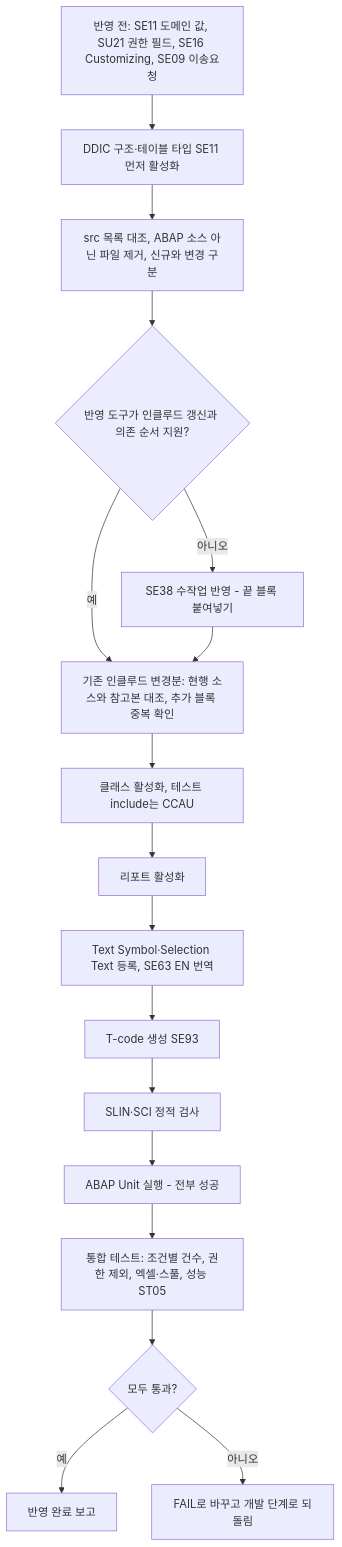
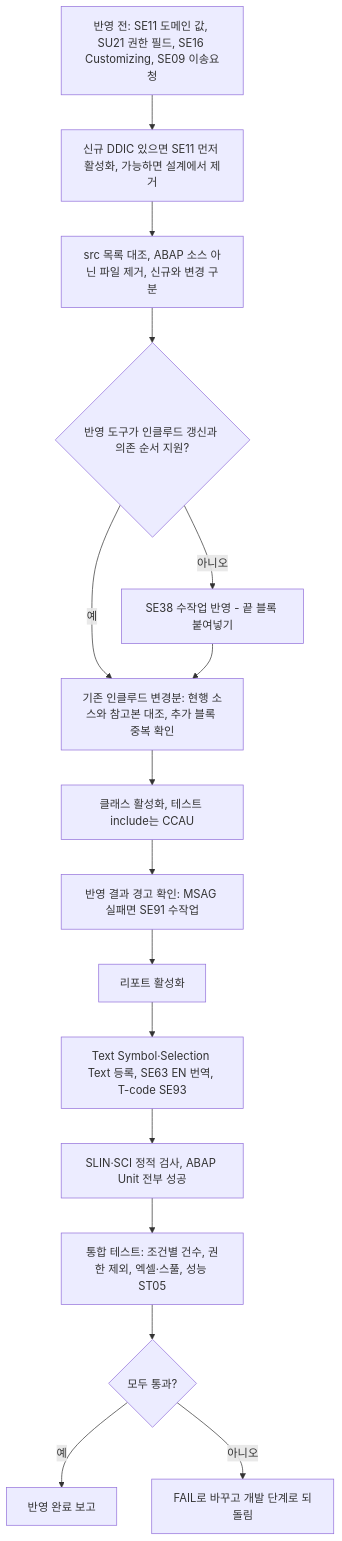
One commit to sunguphong/devsap changed the diagram in wiki/테스트계 반영 전 점검 항목.md. Above: the diagram before and after it, drawn with Mermaid. The commit also changed other lines of this file and 20 other files, not shown here.

````diff
--- a/wiki/테스트계 반영 전 점검 항목.md
+++ b/wiki/테스트계 반영 전 점검 항목.md
@@ -7,19 +7,18 @@
 ```mermaid
 flowchart TD
-  P["반영 전: SE11 도메인 값, SU21 권한 필드, SE16 Customizing, SE09 이송요청"] --> P0["DDIC 구조·테이블 타입 SE11 먼저 활성화"]
+  P["반영 전: SE11 도메인 값, SU21 권한 필드, SE16 Customizing, SE09 이송요청"] --> P0["신규 DDIC 있으면 SE11 먼저 활성화, 가능하면 설계에서 제거"]
   P0 --> P2["src 목록 대조, ABAP 소스 아닌 파일 제거, 신규와 변경 구분"]
   P2 --> P4{"반영 도구가 인클루드 갱신과 의존 순서 지원?"}
   P4 -->|"아니오"| P5["SE38 수작업 반영 - 끝 블록 붙여넣기"]
   P4 -->|"예"| P3
   P5 --> P3["기존 인클루드 변경분: 현행 소스와 참고본 대조, 추가 블록 중복 확인"]
   P3 --> A1["클래스 활성화, 테스트 include는 CCAU"]
-  A1 --> A2["리포트 활성화"]
-  A2 --> A3["Text Symbol·Selection Text 등록, SE63 EN 번역"]
-  A3 --> A4["T-code 생성 SE93"]
-  A4 --> S["SLIN·SCI 정적 검사"]
-  S --> U["ABAP Unit 실행 - 전부 성공"]
+  A1 --> W["반영 결과 경고 확인: MSAG 실패면 SE91 수작업"]
+  W --> A2["리포트 활성화"]
+  A2 --> A3["Text Symbol·Selection Text 등록, SE63 EN 번역, T-code SE93"]
+  A3 --> U["SLIN·SCI 정적 검사, ABAP Unit 전부 성공"]
   U --> IT["통합 테스트: 조건별 건수, 권한 제외, 엑셀·스풀, 성능 ST05"]
   IT --> OK{"모두 통과?"}
   OK -->|예| D["반영 완료 보고"]
   OK -->|아니오| R["FAIL로 바꾸고 개발 단계로 되돌림"]
 ```
````
